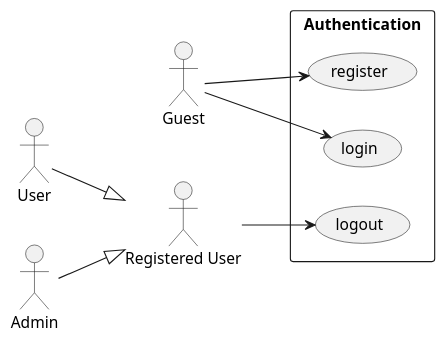
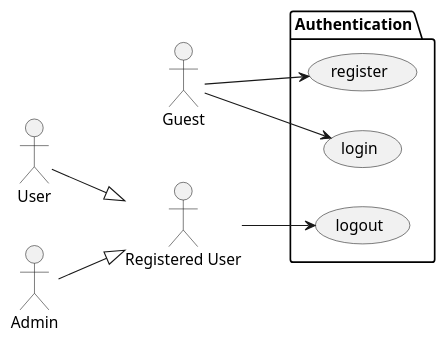
Before and after one commit to TeaChanathip/SwDev-Project: the diagram in diagrams/usecase/auth/auth.puml, drawn with PlantUML. The commit also changed 11 other files, not shown here.

```diff
--- a/diagrams/usecase/auth/auth.puml
+++ b/diagrams/usecase/auth/auth.puml
@@ -1,23 +1,23 @@
 @startuml auth
 left to right direction
 
 actor Guest
 actor "Registered User"
 actor User
 actor Admin
 
 User --|> "Registered User"
 Admin --|> "Registered User"
 
-rectangle "Authentication" {
+package "Authentication" {
     usecase "register" as AuthUC1
     usecase "login" as AuthUC2
     usecase "logout" as AuthUC3
 }
 
 Guest --> AuthUC1
 Guest --> AuthUC2
 
 "Registered User" --> AuthUC3
 
 @enduml
```
